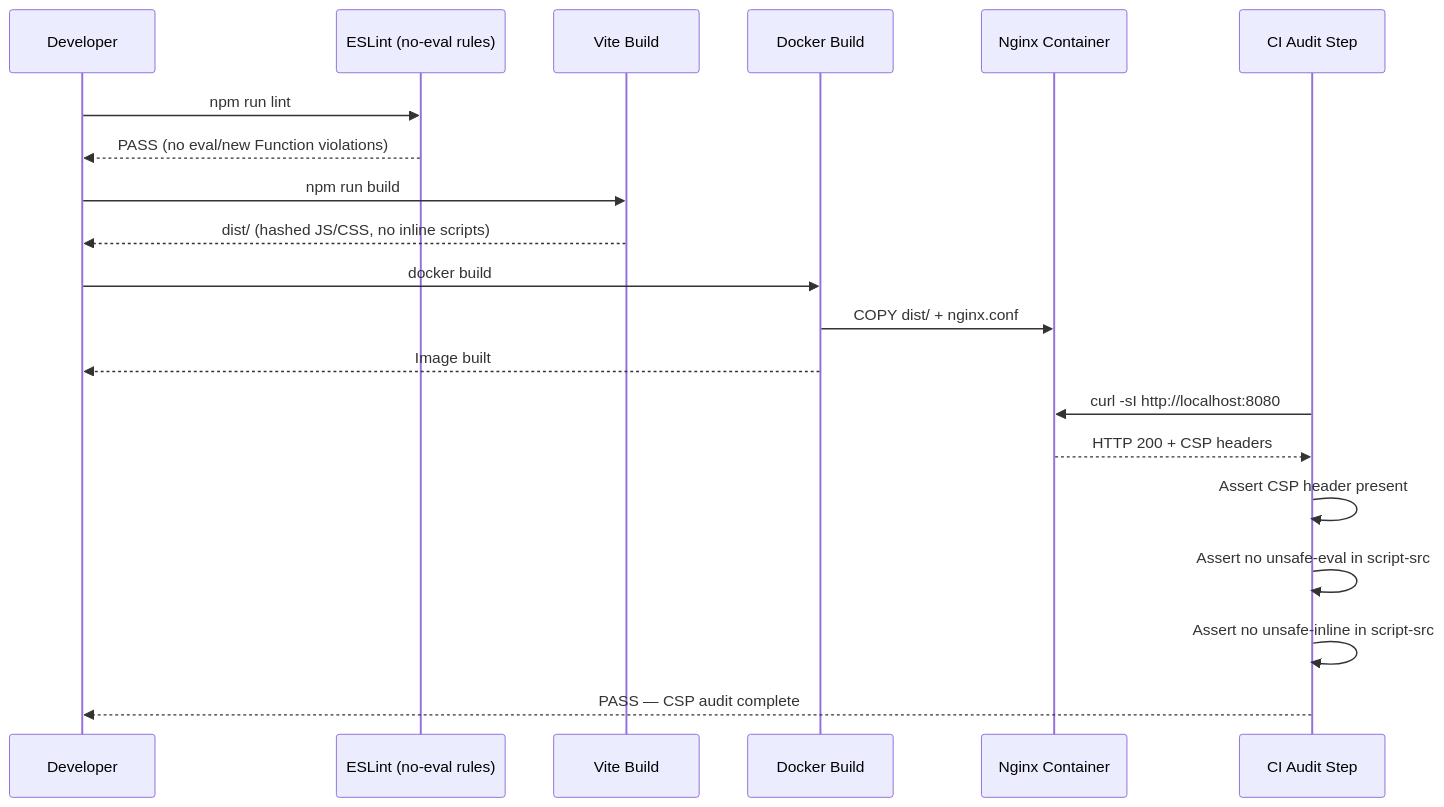
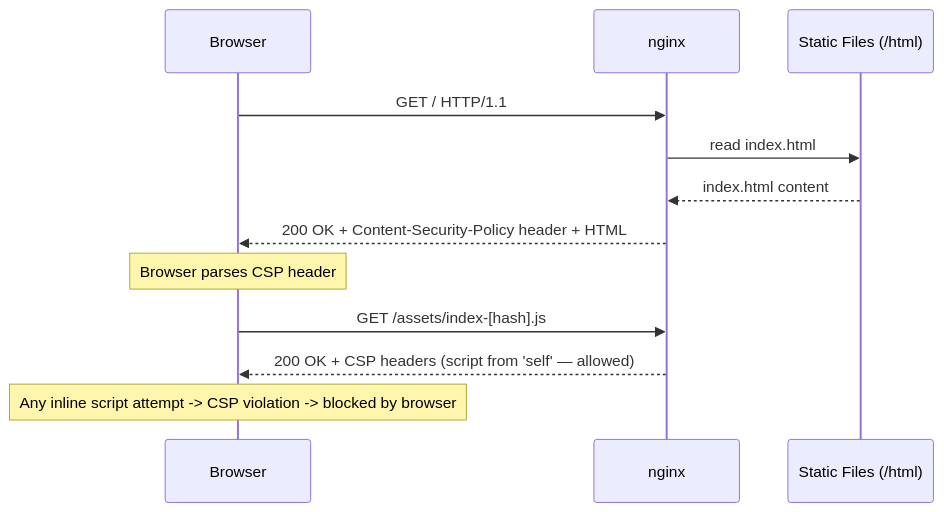
The first of 4 diagrams in docs/features/NFR-SEC-002/LOW_LEVEL_DESIGN.md (sreenivasmrpivot/legobuilder), drawn with Mermaid before and after one commit. The commit also changed other lines of this file, not shown here.

First line of the commit message:
docs: LLD for NFR-SEC-002 — Enforce Content Security Policy headers; eliminate inline scripts and eval()

````diff
--- a/docs/features/NFR-SEC-002/LOW_LEVEL_DESIGN.md
+++ b/docs/features/NFR-SEC-002/LOW_LEVEL_DESIGN.md
@@ -310,23 +300,17 @@
 ```mermaid
 sequenceDiagram
-    participant Dev as Developer
-    participant ESLint as ESLint (no-eval rules)
-    participant Vite as Vite Build
-    participant Docker as Docker Build
-    participant Nginx as Nginx Container
-    participant CI as CI Audit Step
+    participant Browser
+    participant nginx
+    participant StaticFiles as Static Files (/html)
 
-    Dev->>ESLint: npm run lint
-    ESLint-->>Dev: PASS (no eval/new Function violations)
-    Dev->>Vite: npm run build
-    Vite-->>Dev: dist/ (hashed JS/CSS, no inline scripts)
-    Dev->>Docker: docker build
-    Docker->>Nginx: COPY dist/ + nginx.conf
-    Docker-->>Dev: Image built
-    CI->>Nginx: curl -sI http://localhost:8080
-    Nginx-->>CI: HTTP 200 + CSP headers
-    CI->>CI: Assert CSP header present
-    CI->>CI: Assert no unsafe-eval in script-src
-    CI->>CI: Assert no unsafe-inline in script-src
-    CI-->>Dev: PASS — CSP audit complete
+    Browser->>nginx: GET / HTTP/1.1
+    nginx->>StaticFiles: read index.html
+    StaticFiles-->>nginx: index.html content
+    nginx-->>Browser: 200 OK + Content-Security-Policy header + HTML
+
+    Note over Browser: Browser parses CSP header
+    Browser->>nginx: GET /assets/index-[hash].js
+    nginx-->>Browser: 200 OK + CSP headers (script from 'self' — allowed)
+
+    Note over Browser: Any inline script attempt -> CSP violation -> blocked by browser
 ```
````
